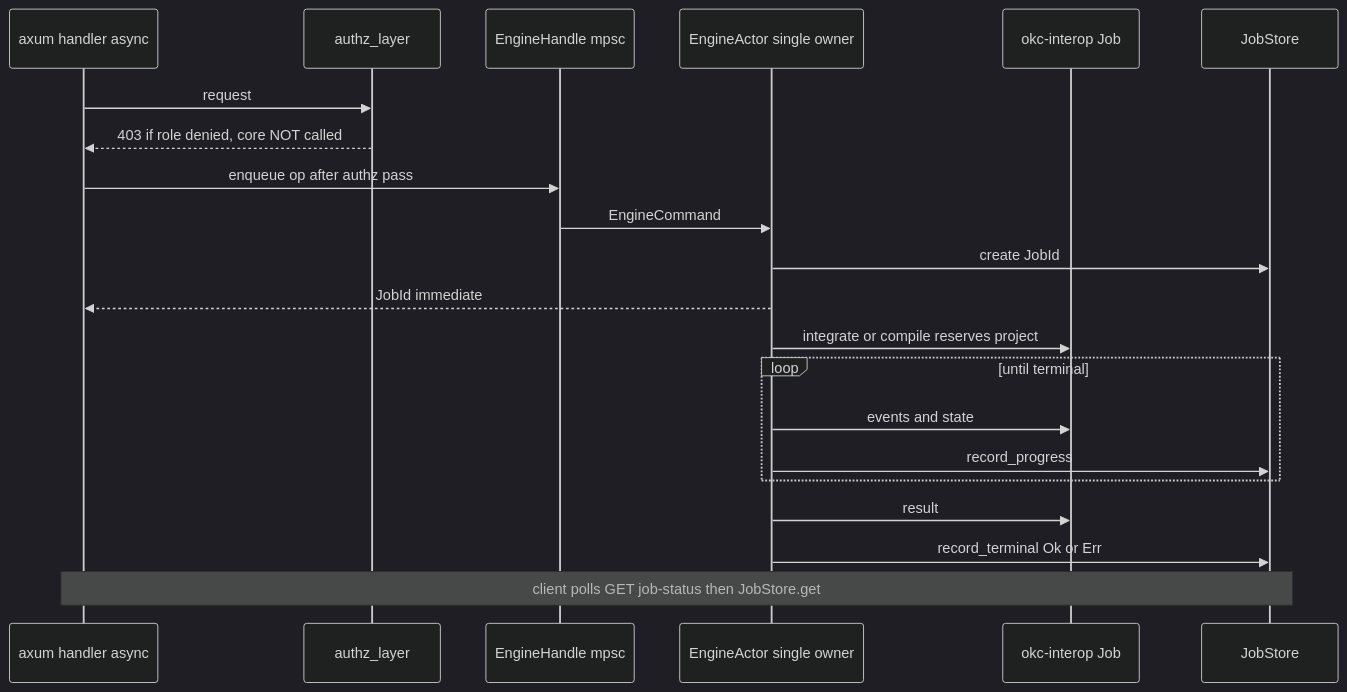
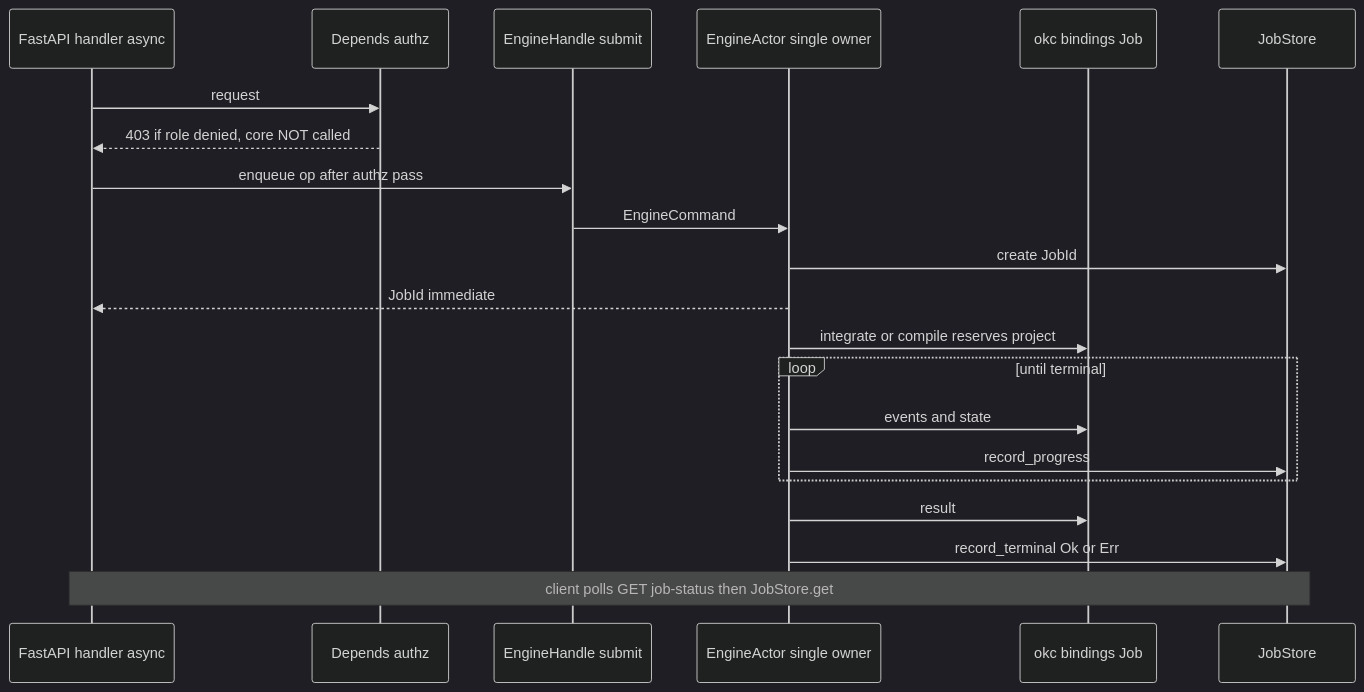
The diagram in okc-web/aidlc-docs/inception/application-design/services.md (HappySPigs/okc), drawn with Mermaid (dark theme) before and after one commit. The commit also changed other lines of this file and 50 other files, not shown here.

````diff
--- a/okc-web/aidlc-docs/inception/application-design/services.md
+++ b/okc-web/aidlc-docs/inception/application-design/services.md
@@ -25,23 +25,23 @@
 ```mermaid
 sequenceDiagram
-    participant H as axum handler async
-    participant G as authz_layer
-    participant Q as EngineHandle mpsc
+    participant H as FastAPI handler async
+    participant G as Depends authz
+    participant Q as EngineHandle submit
     participant A as EngineActor single owner
-    participant I as okc-interop Job
+    participant I as okc bindings Job
     participant J as JobStore
     H->>G: request
     G-->>H: 403 if role denied, core NOT called
     H->>Q: enqueue op after authz pass
     Q->>A: EngineCommand
     A->>J: create JobId
     A-->>H: JobId immediate
     A->>I: integrate or compile reserves project
     loop until terminal
         A->>I: events and state
         A->>J: record_progress
     end
     A->>I: result
     A->>J: record_terminal Ok or Err
     Note over H,J: client polls GET job-status then JobStore.get
 ```
````
